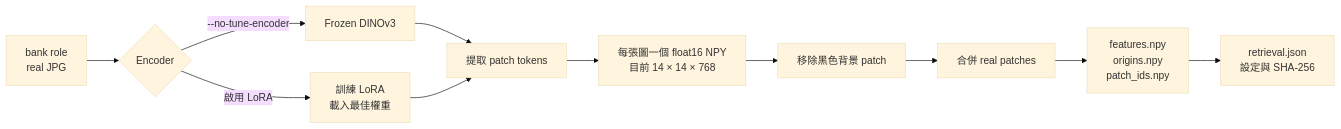
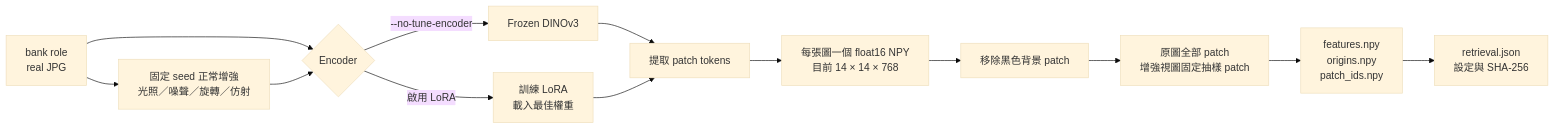
The third of 4 diagrams in README.md (IlikeBB/DeepFakeSecurity), drawn with Mermaid (base theme) before and after one commit. The commit also changed other lines of this file and 11 other files, not shown here.

````diff
--- a/README.md
+++ b/README.md
@@ -198,13 +198,15 @@
 ```mermaid
 flowchart LR
-    A["bank role<br/>real JPG"] --> B{"Encoder"}
+    A["bank role<br/>real JPG"] --> A2["固定 seed 正常增強<br/>光照／噪聲／旋轉／仿射"]
+    A --> B{"Encoder"}
+    A2 --> B
     B -->|--no-tune-encoder| C["Frozen DINOv3"]
     B -->|啟用 LoRA| D["訓練 LoRA<br/>載入最佳權重"]
     C --> E["提取 patch tokens"]
     D --> E
     E --> F["每張圖一個 float16 NPY<br/>目前 14 × 14 × 768"]
     F --> G["移除黑色背景 patch"]
-    G --> H["合併 real patches"]
+    G --> H["原圖全部 patch<br/>增強視圖固定抽樣 patch"]
     H --> I["features.npy<br/>origins.npy<br/>patch_ids.npy"]
     I --> J["retrieval.json<br/>設定與 SHA-256"]
 ```
````
